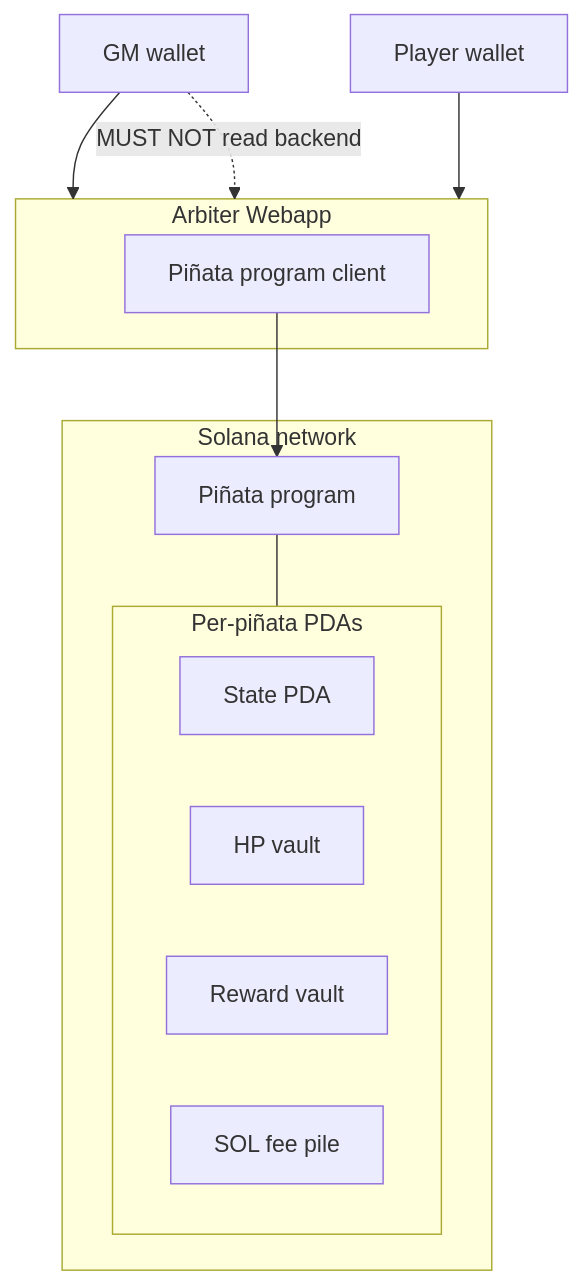
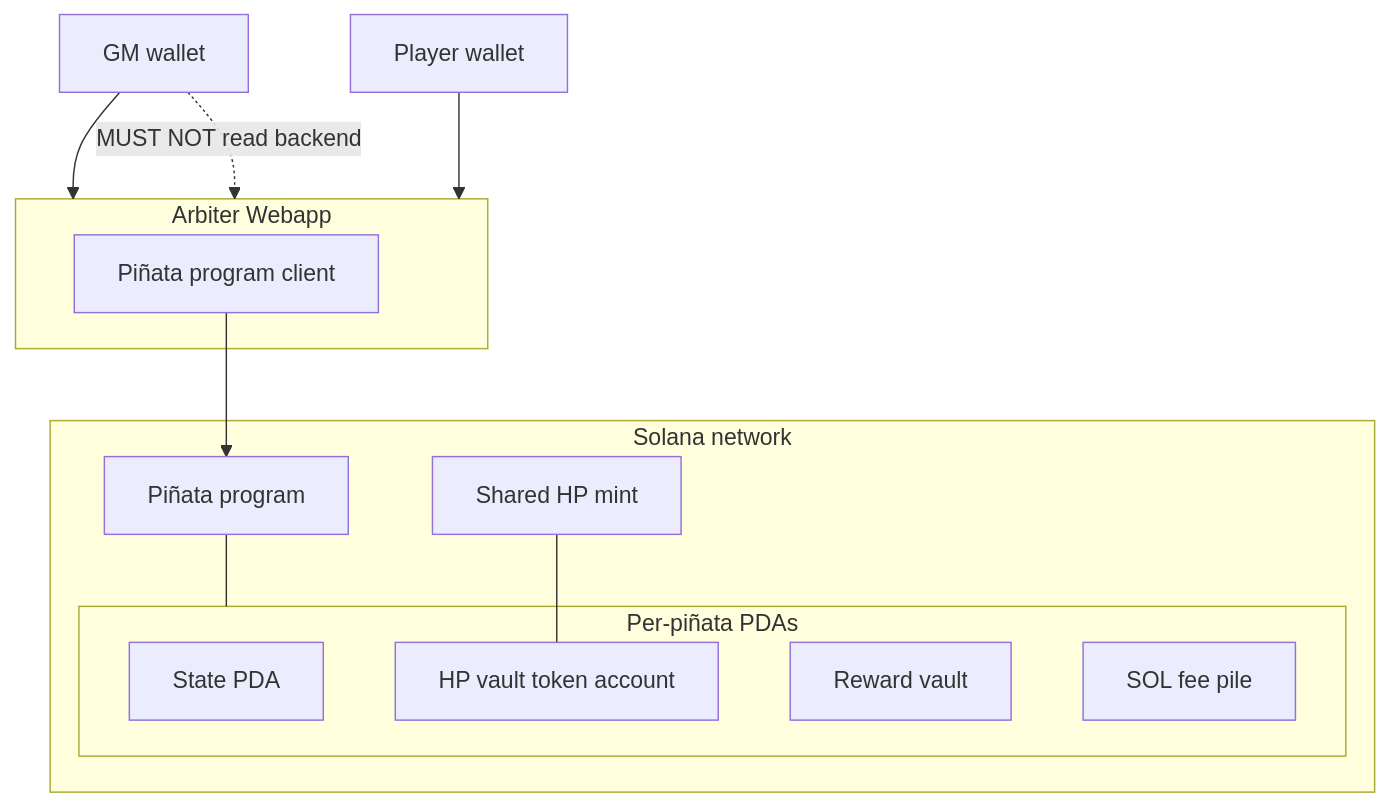
The diagram in docs/deployment.md (kilogold/confidential-pinata), drawn with Mermaid before and after one commit. The commit also changed other lines of this file and 7 other files, not shown here.

First line of the commit message:
Record shared HP mint and arbiter vault authority.

````diff
--- a/docs/deployment.md
+++ b/docs/deployment.md
@@ -9,25 +9,27 @@
 ```mermaid
 flowchart TB
   gmWallet[GM wallet]
   playerWallet[Player wallet]
 
   subgraph arbiter [Arbiter Webapp]
     client[Piñata program client]
   end
 
   subgraph solana [Solana network]
     program[Piñata program]
+    hpMint[Shared HP mint]
     subgraph pdas [Per-piñata PDAs]
       state[State PDA]
-      hpVault[HP vault]
+      hpVault[HP vault token account]
       rewardVault[Reward vault]
       solPile[SOL fee pile]
     end
     program --- pdas
+    hpMint --- hpVault
   end
 
   gmWallet --> arbiter
   playerWallet --> arbiter
   client --> program
   gmWallet -.->|"MUST NOT read backend"| arbiter
 ```
````
